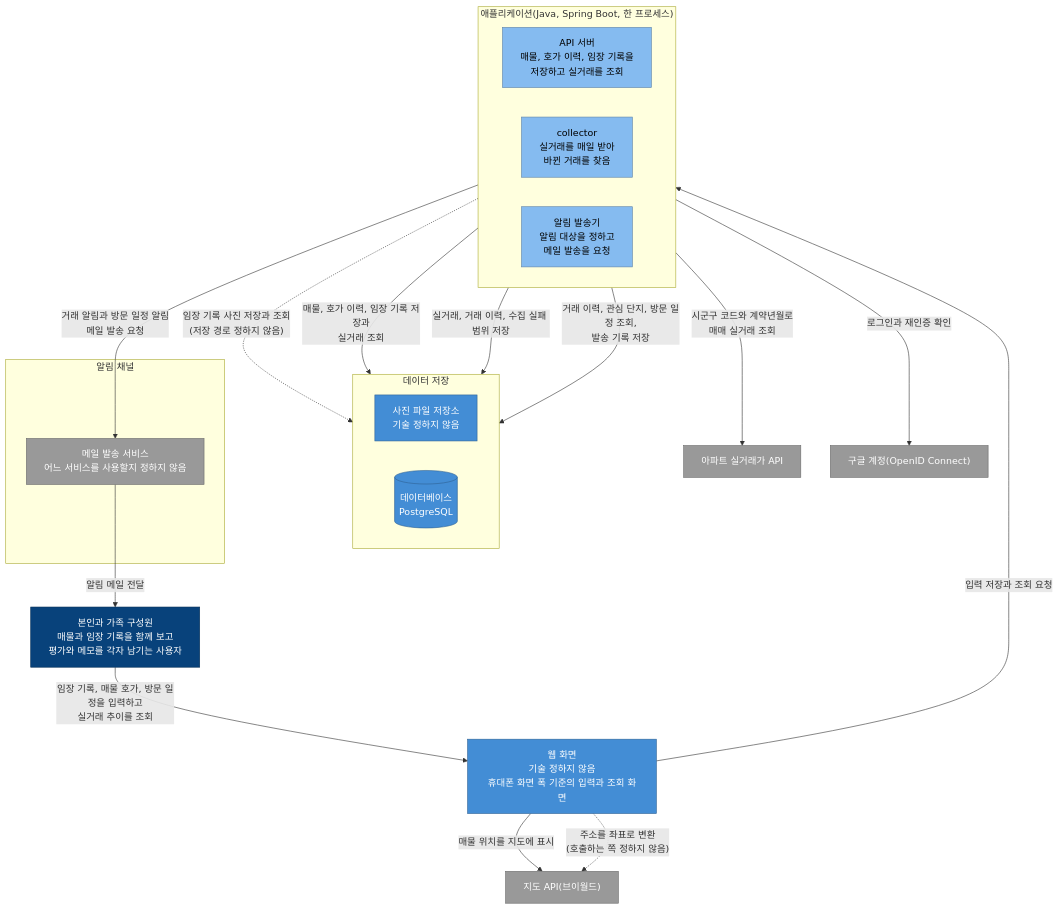
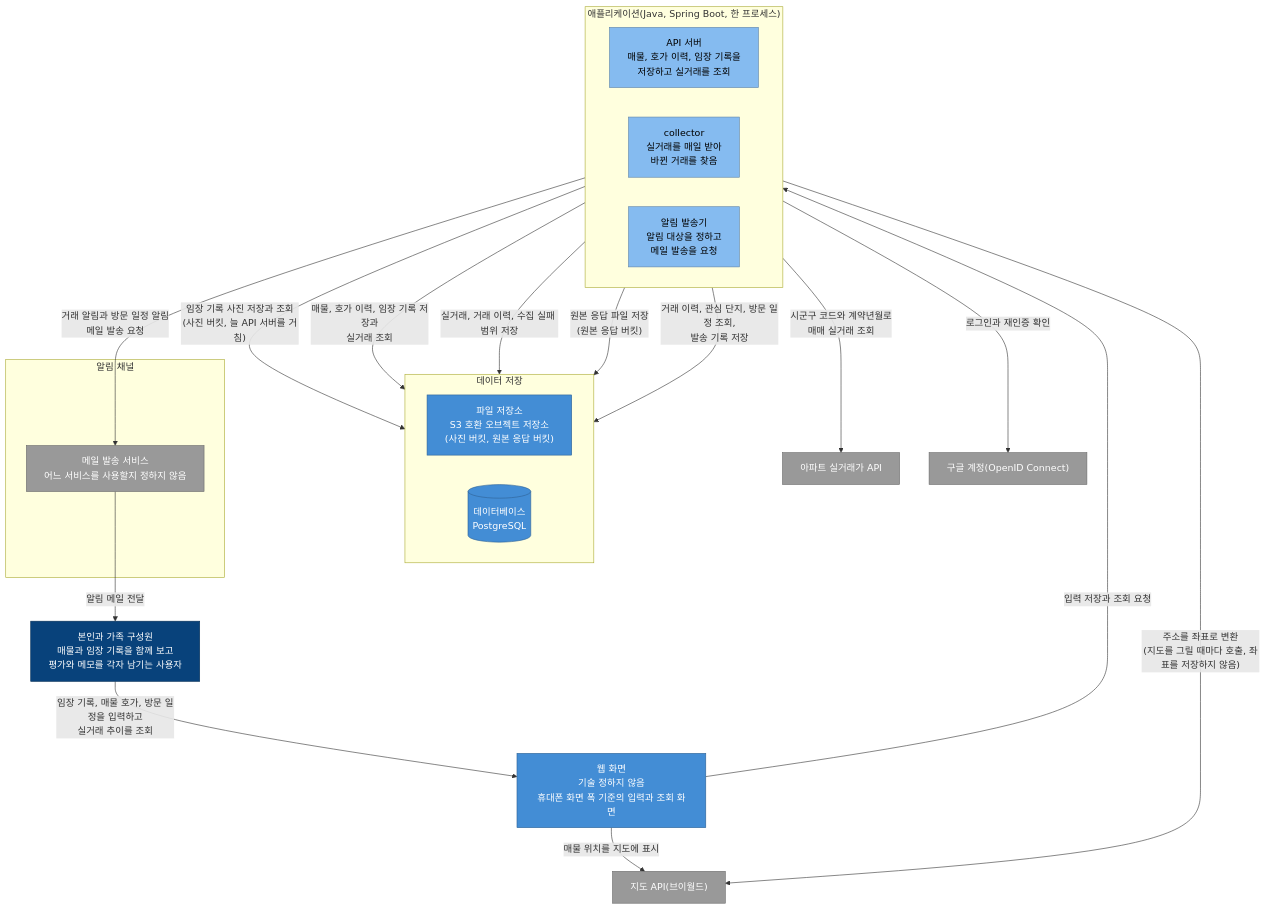
One commit to Park-Seung-Hun/real-estate changed the first of 2 diagrams in docs/architecture/c4-container.md. Above: the diagram before and after it, drawn with Mermaid. The commit also changed other lines of this file and 7 other files, not shown here.

````diff
--- a/docs/architecture/c4-container.md
+++ b/docs/architecture/c4-container.md
@@ -15,49 +15,50 @@
 ```mermaid
 %%{init: {'flowchart': {'wrappingWidth': 260}}}%%
 flowchart TB
   users["본인과 가족 구성원<br/>매물과 임장 기록을 함께 보고<br/>평가와 메모를 각자 남기는 사용자"]
   web["웹 화면<br/>기술 정하지 않음<br/>휴대폰 화면 폭 기준의 입력과 조회 화면"]
   map["지도 API(브이월드)"]
 
   subgraph app["애플리케이션(Java, Spring Boot, 한 프로세스)"]
     direction LR
     api["API 서버<br/>매물, 호가 이력, 임장 기록을<br/>저장하고 실거래를 조회"]
     collector["collector<br/>실거래를 매일 받아<br/>바뀐 거래를 찾음"]
     notifier["알림 발송기<br/>알림 대상을 정하고<br/>메일 발송을 요청"]
   end
 
   subgraph stores[데이터 저장]
     direction LR
-    photo["사진 파일 저장소<br/>기술 정하지 않음"]
+    photo["파일 저장소<br/>S3 호환 오브젝트 저장소<br/>(사진 버킷, 원본 응답 버킷)"]
     db[("데이터베이스<br/>PostgreSQL")]
   end
 
   trade["아파트 실거래가 API"]
   google["구글 계정(OpenID Connect)"]
 
   subgraph channels[알림 채널]
     mail["메일 발송 서비스<br/>어느 서비스를 사용할지 정하지 않음"]
   end
 
   users -->|"임장 기록, 매물 호가, 방문 일정을 입력하고<br/>실거래 추이를 조회"| web
   web -->|"매물 위치를 지도에 표시"| map
-  web -.->|"주소를 좌표로 변환<br/>(호출하는 쪽 정하지 않음)"| map
+  api -->|"주소를 좌표로 변환<br/>(지도를 그릴 때마다 호출, 좌표를 저장하지 않음)"| map
   web -->|"입력 저장과 조회 요청"| api
-  api -.->|"임장 기록 사진 저장과 조회<br/>(저장 경로 정하지 않음)"| photo
+  api -->|"임장 기록 사진 저장과 조회<br/>(사진 버킷, 늘 API 서버를 거침)"| photo
   api -->|"매물, 호가 이력, 임장 기록 저장과<br/>실거래 조회"| db
   collector -->|"실거래, 거래 이력, 수집 실패 범위 저장"| db
+  collector -->|"원본 응답 파일 저장<br/>(원본 응답 버킷)"| photo
   api -->|"로그인과 재인증 확인"| google
   collector -->|"시군구 코드와 계약년월로<br/>매매 실거래 조회"| trade
   notifier -->|"거래 이력, 관심 단지, 방문 일정 조회,<br/>발송 기록 저장"| db
   notifier -->|"거래 알림과 방문 일정 알림<br/>메일 발송 요청"| mail
   mail -->|"알림 메일 전달"| users
 
   classDef person fill:#08427b,stroke:#052e56,color:#fff
   classDef container fill:#438dd5,stroke:#2e6295,color:#fff
   classDef module fill:#85bbf0,stroke:#5d82a8,color:#000
   classDef ext fill:#999999,stroke:#6b6b6b,color:#fff
   class users person
   class web,db,photo container
   class api,collector,notifier module
   class map,trade,mail,google ext
 ```
````
